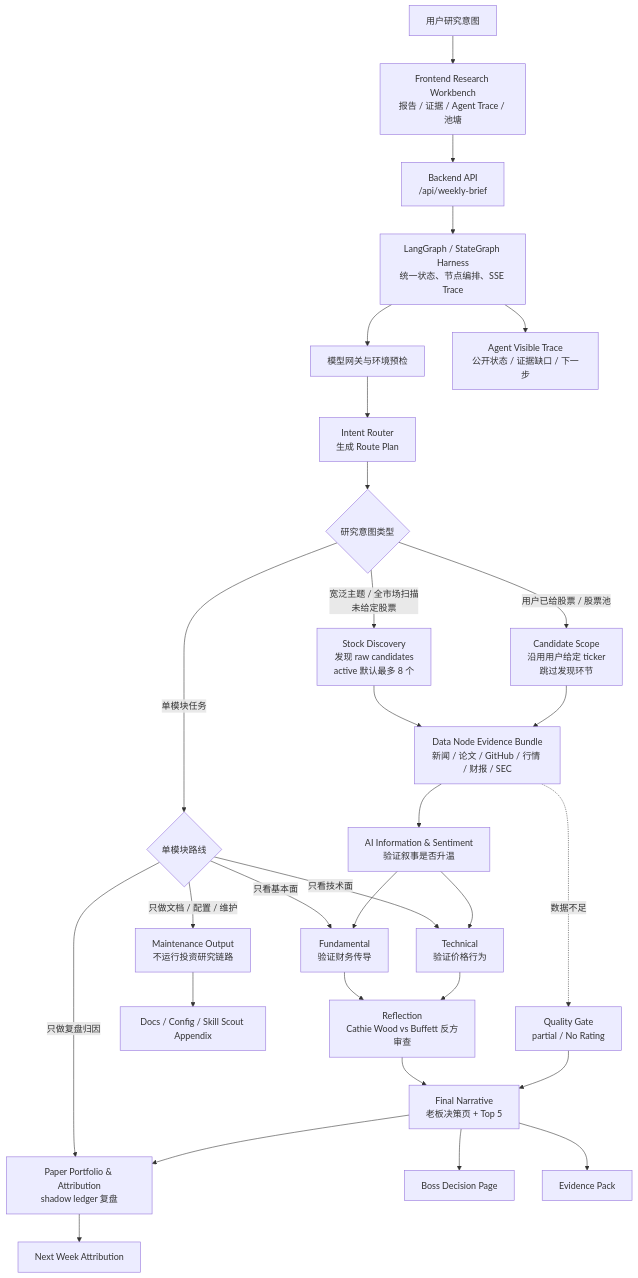
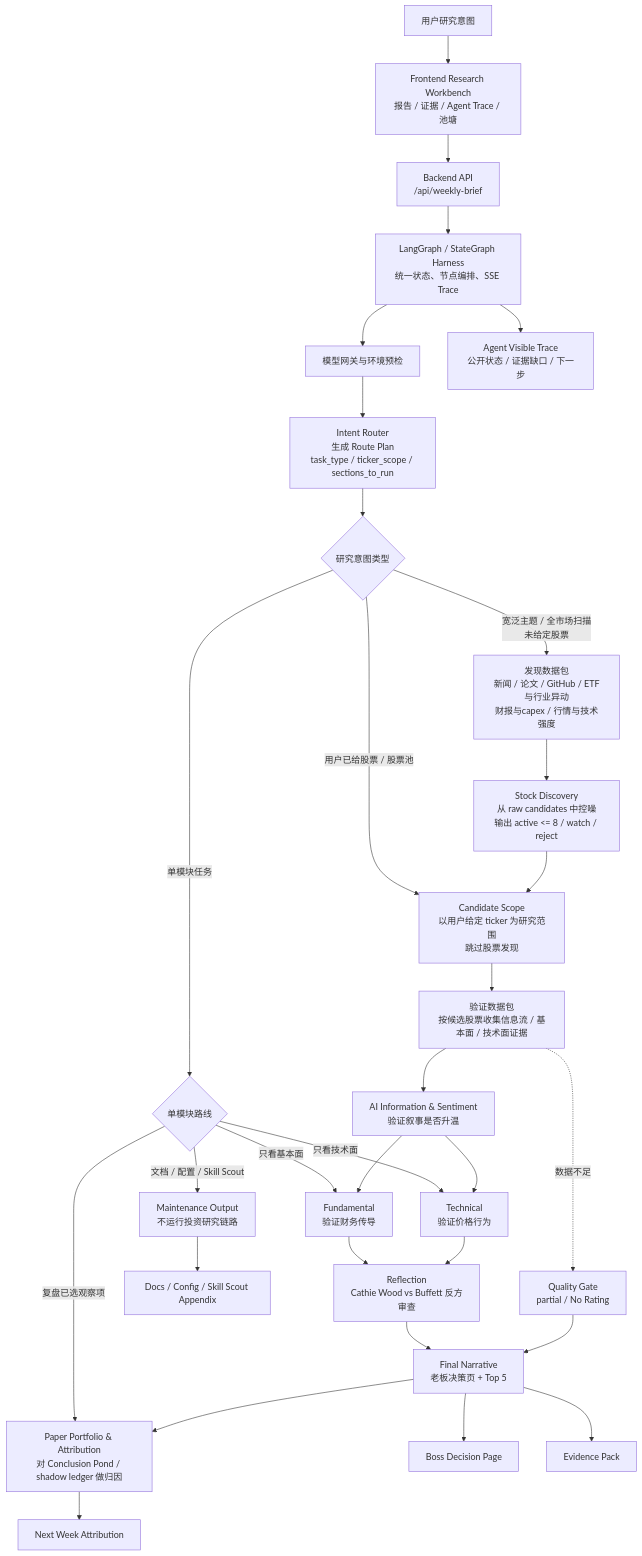
One commit to berylinureye/ai-us-stock-research-agency changed the diagram in README.md. Above: the diagram before and after it, drawn with Mermaid. The commit also changed other lines of this file, not shown here.

Commit message:
docs: explain routed research workflow

````diff
--- a/README.md
+++ b/README.md
@@ -25,38 +25,39 @@
 ```mermaid
 flowchart TD
     U["用户研究意图"] --> FE["Frontend Research Workbench<br/>报告 / 证据 / Agent Trace / 池塘"]
     FE --> API["Backend API<br/>/api/weekly-brief"]
     API --> LG["LangGraph / StateGraph Harness<br/>统一状态、节点编排、SSE Trace"]
     LG --> PRE["模型网关与环境预检"]
-    PRE --> R["Intent Router<br/>生成 Route Plan"]
+    PRE --> R["Intent Router<br/>生成 Route Plan<br/>task_type / ticker_scope / sections_to_run"]
 
     R --> Q{"研究意图类型"}
-    Q -- "宽泛主题 / 全市场扫描<br/>未给定股票" --> S["Stock Discovery<br/>发现 raw candidates<br/>active 默认最多 8 个"]
-    Q -- "用户已给股票 / 股票池" --> CAND["Candidate Scope<br/>沿用用户给定 ticker<br/>跳过发现环节"]
+    Q -- "宽泛主题 / 全市场扫描<br/>未给定股票" --> WIDE["发现数据包<br/>新闻 / 论文 / GitHub / ETF与行业异动<br/>财报与capex / 行情与技术强度"]
+    WIDE --> S["Stock Discovery<br/>从 raw candidates 中控噪<br/>输出 active <= 8 / watch / reject"]
+    Q -- "用户已给股票 / 股票池" --> CAND["Candidate Scope<br/>以用户给定 ticker 为研究范围<br/>跳过股票发现"]
     Q -- "单模块任务" --> ONE{"单模块路线"}
 
-    S --> BUNDLE["Data Node Evidence Bundle<br/>新闻 / 论文 / GitHub / 行情 / 财报 / SEC"]
-    CAND --> BUNDLE
+    S --> CAND
+    CAND --> BUNDLE["验证数据包<br/>按候选股票收集信息流 / 基本面 / 技术面证据"]
 
     ONE -- "只看基本面" --> F["Fundamental<br/>验证财务传导"]
     ONE -- "只看技术面" --> T["Technical<br/>验证价格行为"]
-    ONE -- "只做复盘归因" --> P["Paper Portfolio & Attribution<br/>shadow ledger 复盘"]
-    ONE -- "只做文档 / 配置 / 维护" --> M["Maintenance Output<br/>不运行投资研究链路"]
+    ONE -- "复盘已选观察项" --> P["Paper Portfolio & Attribution<br/>对 Conclusion Pond / shadow ledger 做归因"]
+    ONE -- "文档 / 配置 / Skill Scout" --> M["Maintenance Output<br/>不运行投资研究链路"]
 
     BUNDLE --> I["AI Information & Sentiment<br/>验证叙事是否升温"]
     I --> F
     I --> T
     F --> X["Reflection<br/>Cathie Wood vs Buffett 反方审查"]
     T --> X
     X --> FN["Final Narrative<br/>老板决策页 + Top 5"]
     FN --> P
 
     FN --> O1["Boss Decision Page"]
     FN --> O2["Evidence Pack"]
     LG --> O3["Agent Visible Trace<br/>公开状态 / 证据缺口 / 下一步"]
     P --> O4["Next Week Attribution"]
     M --> O5["Docs / Config / Skill Scout Appendix"]
 
     BUNDLE -.数据不足.-> G["Quality Gate<br/>partial / No Rating"]
     G --> FN
 ```
````
